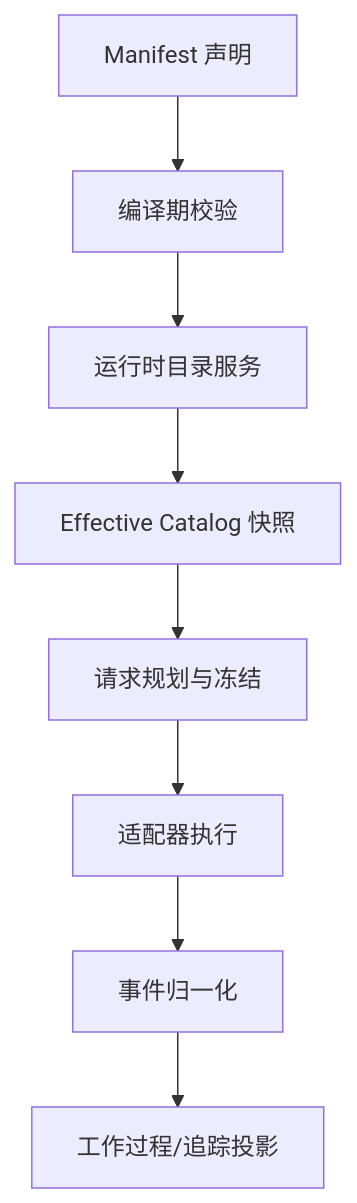
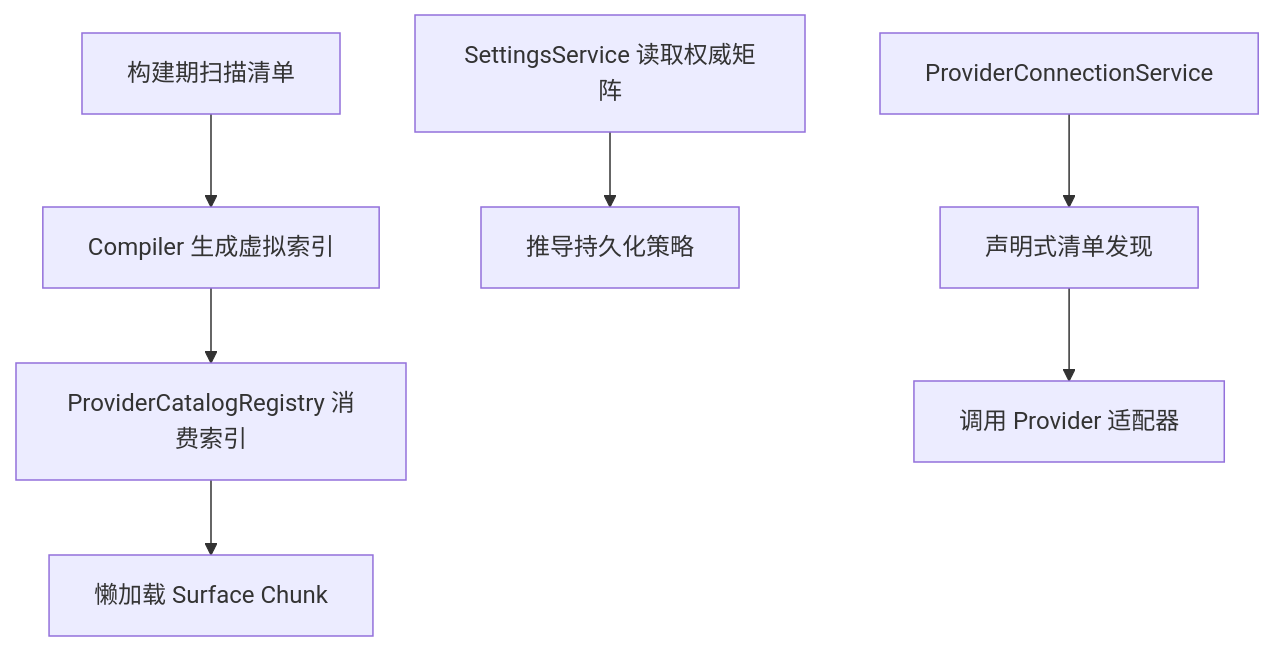
One commit to haolange/RDC-Agent changed the sixth of 7 diagrams in .qoder/repowiki/zh/content/扩展开发/扩展开发.md. Above: the diagram before and after it, drawn with Mermaid. The commit also changed other lines of this file and 356 other files, not shown here.

````diff
--- a/.qoder/repowiki/zh/content/扩展开发/扩展开发.md
+++ b/.qoder/repowiki/zh/content/扩展开发/扩展开发.md
@@ -205,10 +363,9 @@
 ```mermaid
 flowchart TD
-M["Manifest 声明"] --> C["编译期校验"]
-C --> S["运行时目录服务"]
-S --> E["Effective Catalog 快照"]
-E --> R["请求规划与冻结"]
-R --> A["适配器执行"]
-A --> N["事件归一化"]
-N --> V["工作过程/追踪投影"]
+    Scan["构建期扫描清单"] --> Compile["Compiler 生成虚拟索引"]
+    Compile --> Registry["ProviderCatalogRegistry 消费索引"]
+    Registry --> LazyLoad["懒加载 Surface Chunk"]
+    Settings["SettingsService 读取权威矩阵"] --> Persistence["推导持久化策略"]
+    Connection["ProviderConnectionService"] --> Discovery["声明式清单发现"]
+    Discovery --> Adapter["调用 Provider 适配器"]
 ```
````
